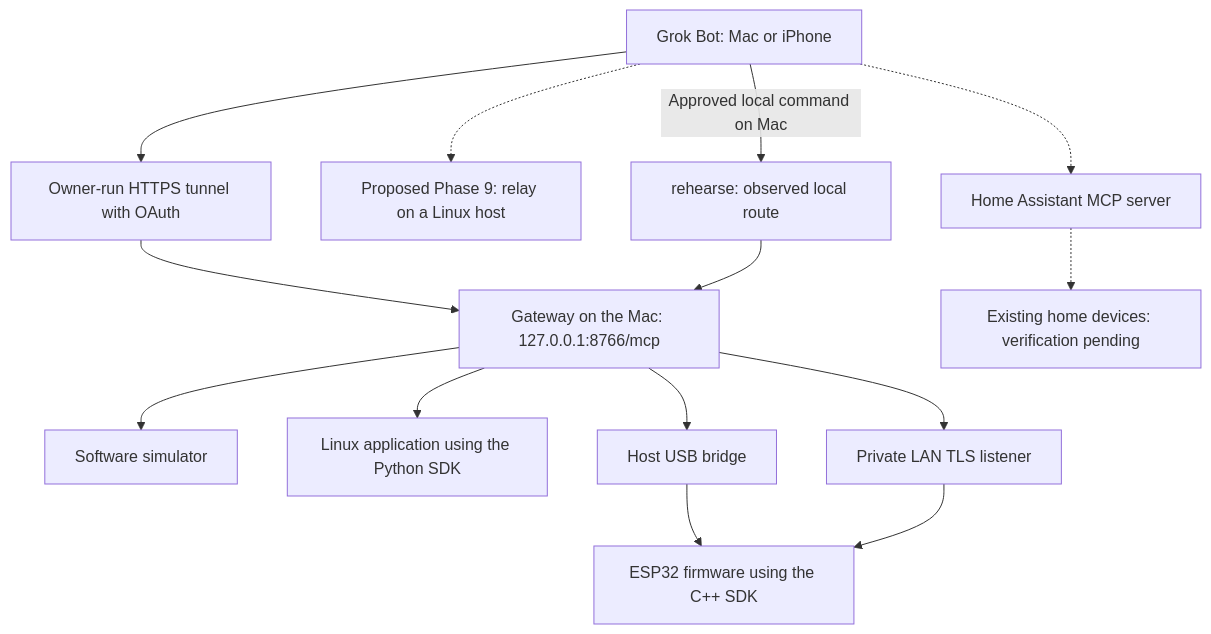
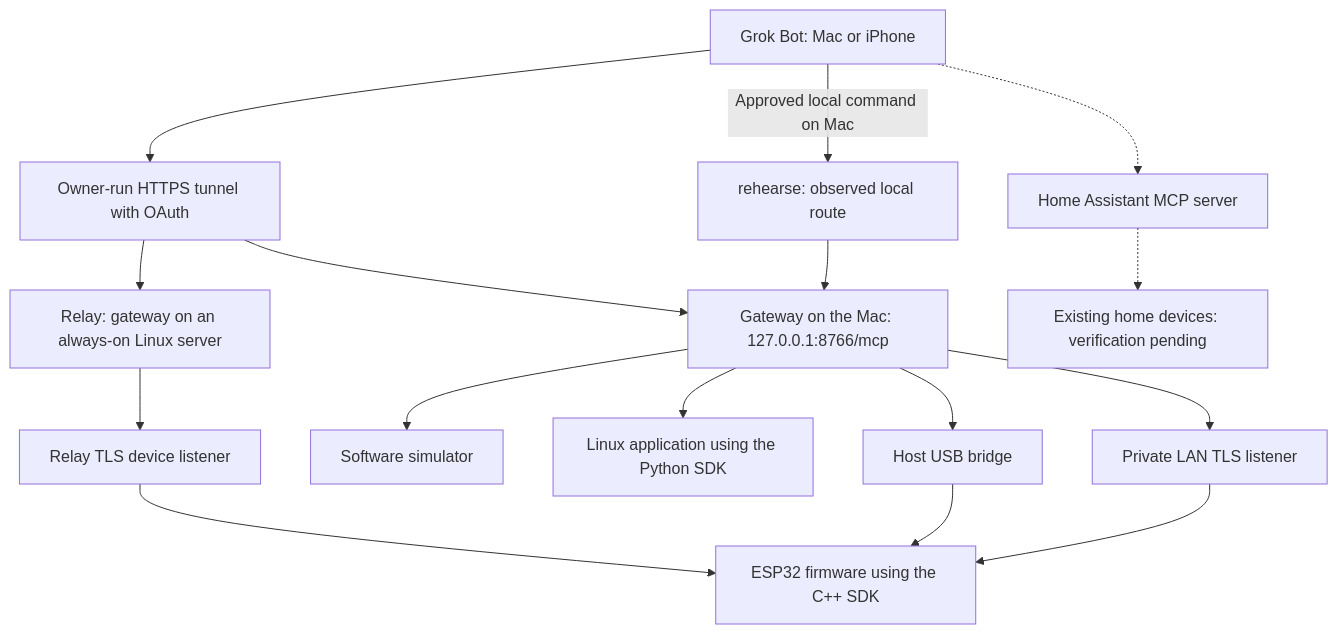
The first of 2 diagrams in docs/architecture/overview.md (adidshaft/grok-gadgets), drawn with Mermaid before and after one commit. The commit also changed other lines of this file and 49 other files, not shown here.

````diff
--- a/docs/architecture/overview.md
+++ b/docs/architecture/overview.md
@@ -15,16 +15,18 @@
 ```mermaid
 flowchart TD
     G["Grok Bot: Mac or iPhone"] --> T["Owner-run HTTPS tunnel with OAuth"]
     T --> W["Gateway on the Mac: 127.0.0.1:8766/mcp"]
-    G -.-> Y["Proposed Phase 9: relay on a Linux host"]
+    T --> Y["Relay: gateway on an always-on Linux server"]
+    Y --> V2["Relay TLS device listener"]
+    V2 --> E
     G -->|"Approved local command on Mac"| C["rehearse: observed local route"]
     C --> W
     W --> S["Software simulator"]
     W --> L["Linux application using the Python SDK"]
     W --> U["Host USB bridge"]
     U --> E["ESP32 firmware using the C++ SDK"]
     W --> V["Private LAN TLS listener"]
     V --> E
     G -.-> H["Home Assistant MCP server"]
     H -.-> D["Existing home devices: verification pending"]
 ```
````
